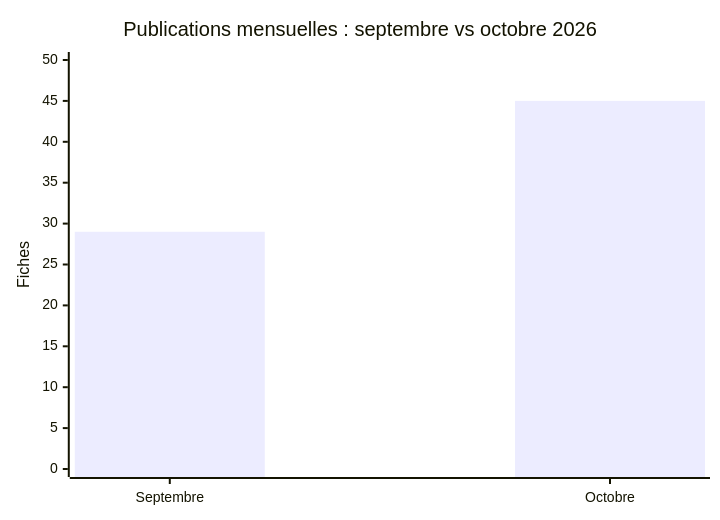
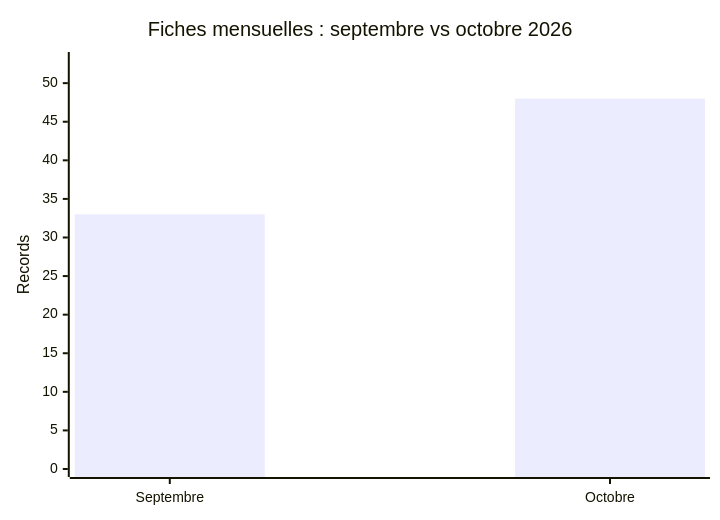
Before and after one commit to Hatchepsoute/AFRINTEL: the diagram in comparison/2026/09-september-october/README_FR.md, drawn with Mermaid. The commit also changed other lines of this file and 401 other files, not shown here.

````diff
--- a/comparison/2026/09-september-october/README_FR.md
+++ b/comparison/2026/09-september-october/README_FR.md
@@ -18,7 +15,7 @@
 ```mermaid
 xychart-beta
-    title "Publications mensuelles : septembre vs octobre 2026"
+    title "Fiches mensuelles : septembre vs octobre 2026"
     x-axis [Septembre, Octobre]
-    y-axis "Fiches" 0 --> 50
-    bar [29, 45]
+    y-axis "Records" 0 --> 53
+    bar [33, 48]
 ```
````
